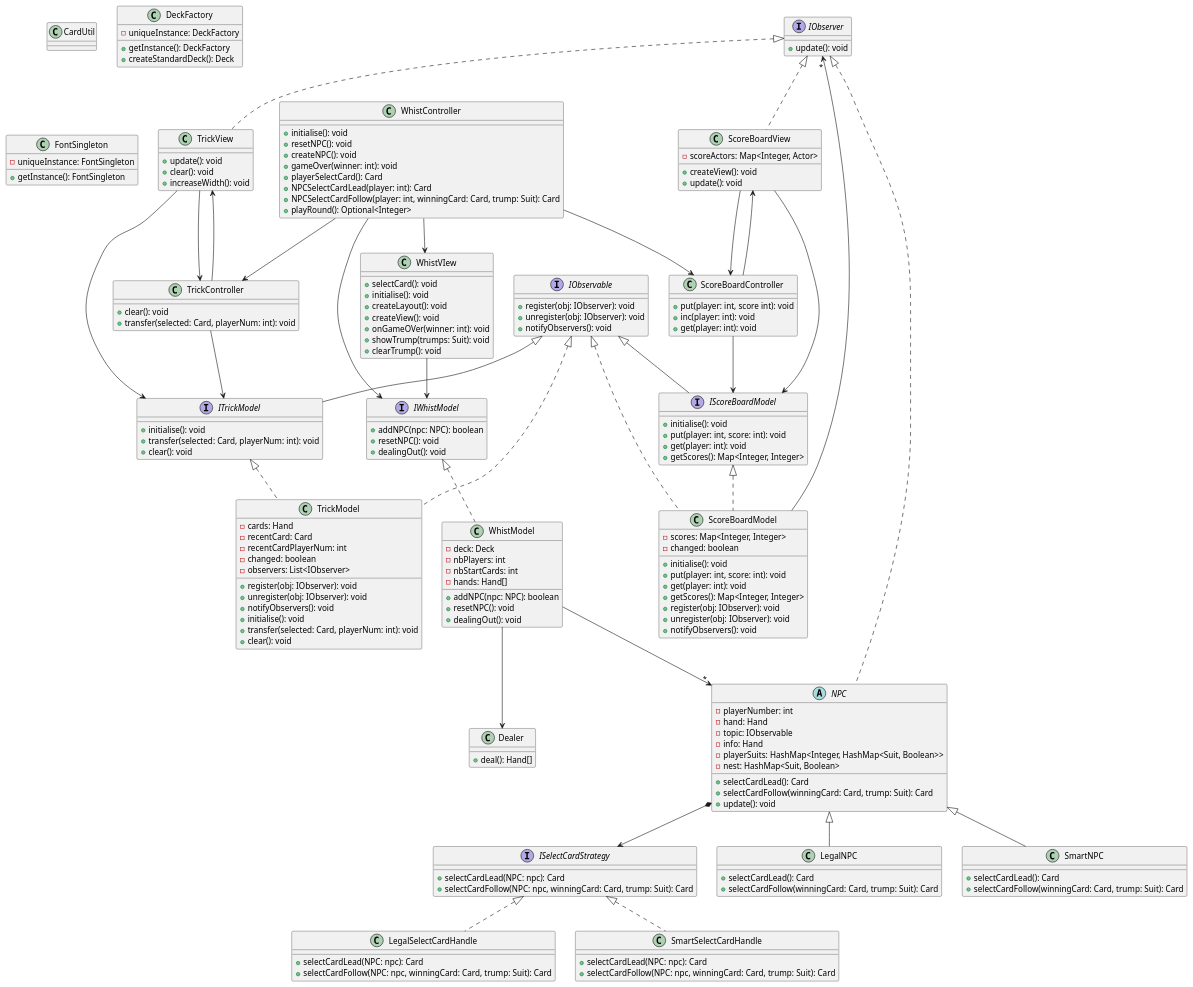
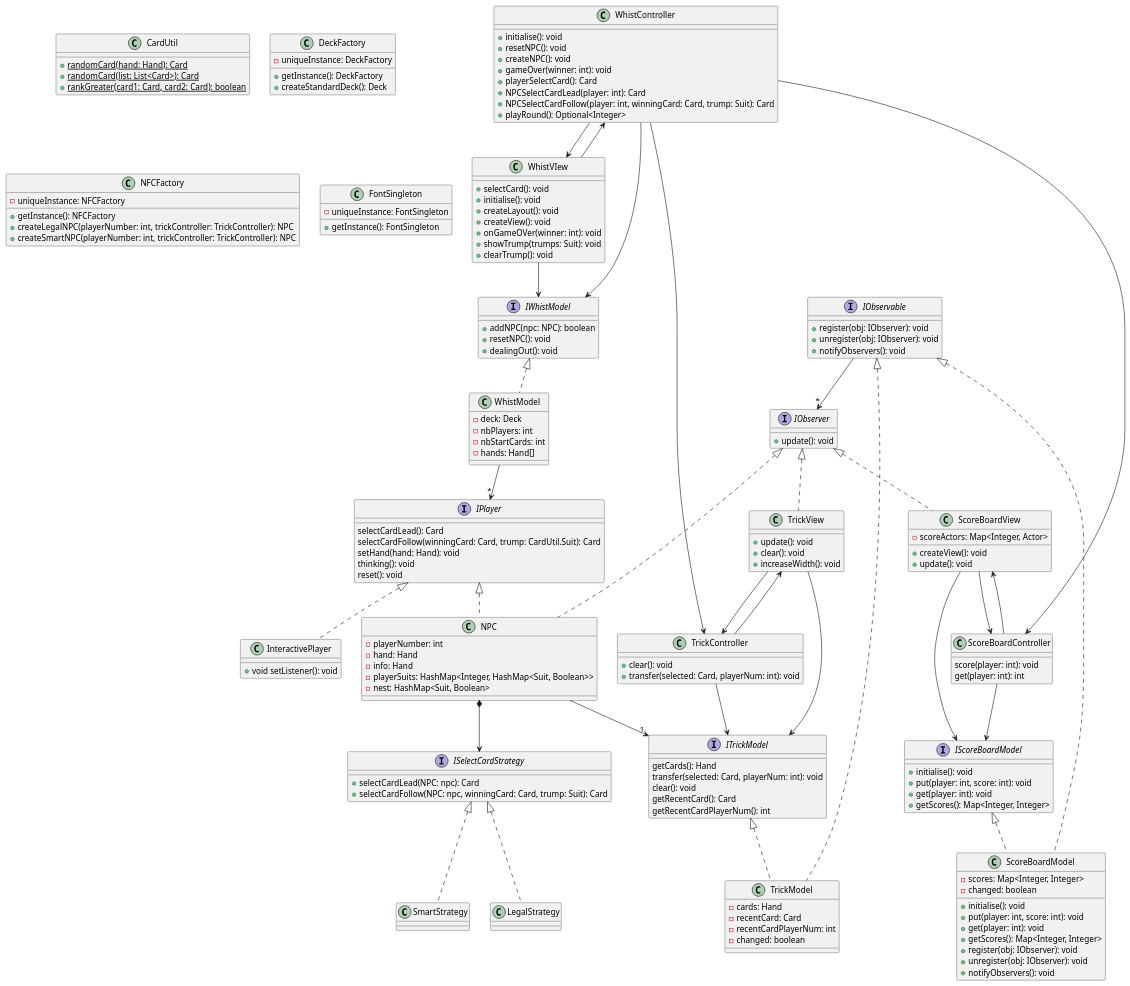
The diagram in uml/DesignClassDiagram.puml (Haswf/Whist), drawn with PlantUML before and after one commit. The commit also changed 4 other files, not shown here.

Commit message:
feat: Update design diagram

```diff
--- a/uml/DesignClassDiagram.puml
+++ b/uml/DesignClassDiagram.puml
@@ -1,43 +1,29 @@
 @startuml
 
-abstract class NPC implements IObserver {
+class NPC implements IObserver, IPlayer {
     - playerNumber: int
     - hand: Hand
-    - topic: IObservable
     - info: Hand
     - playerSuits: HashMap<Integer, HashMap<Suit, Boolean>>
     - nest: HashMap<Suit, Boolean>
-
-    + selectCardLead(): Card
-    + selectCardFollow(winningCard: Card, trump: Suit): Card
-    + update(): void
-}
-NPC *--> ISelectCardStrategy
-
-class LegalNPC extends NPC {
-    + selectCardLead(): Card
-    + selectCardFollow(winningCard: Card, trump: Suit): Card
 }
 
-
-class SmartNPC extends NPC {
-     + selectCardLead(): Card
-     + selectCardFollow(winningCard: Card, trump: Suit): Card
-}
+NPC *--> ISelectCardStrategy
+NPC -->"1" ITrickModel
 
 interface ISelectCardStrategy {
     + selectCardLead(NPC: npc): Card
     + selectCardFollow(NPC: npc, winningCard: Card, trump: Suit): Card
 }
 
-class LegalSelectCardHandle implements ISelectCardStrategy{
-    + selectCardLead(NPC: npc): Card
-    + selectCardFollow(NPC: npc, winningCard: Card, trump: Suit): Card
+class SmartStrategy implements ISelectCardStrategy{
+'    + selectCardLead(NPC: npc): Card
+'    + selectCardFollow(NPC: npc, winningCard: Card, trump: Suit): Card
 }
 
-class SmartSelectCardHandle implements ISelectCardStrategy{
-    + selectCardLead(NPC: npc): Card
-    + selectCardFollow(NPC: npc, winningCard: Card, trump: Suit): Card
+class LegalStrategy implements ISelectCardStrategy{
+'    + selectCardLead(NPC: npc): Card
+'    + selectCardFollow(NPC: npc, winningCard: Card, trump: Suit): Card
 }
 
 interface IObserver {
@@ -50,10 +36,12 @@
     + notifyObservers(): void
 }
 
-interface ITrickModel extends IObservable {
-    + initialise(): void
-    + transfer(selected: Card, playerNum: int): void
-    + clear(): void
+interface ITrickModel {
+    getCards(): Hand
+    transfer(selected: Card, playerNum: int): void
+    clear(): void
+    getRecentCard(): Card
+    getRecentCardPlayerNum(): int
 }
 
 class TrickModel implements IObservable, ITrickModel{
@@ -61,15 +49,8 @@
     - recentCard: Card
     - recentCardPlayerNum: int
     - changed: boolean
-    - observers: List<IObserver>
-
-    + register(obj: IObserver): void
-    + unregister(obj: IObserver): void
-    + notifyObservers(): void
-    + initialise(): void
-    + transfer(selected: Card, playerNum: int): void
-    + clear(): void
 }
+IObservable --> "*" IObserver
 
 class TrickView implements IObserver {
     + update(): void
@@ -100,14 +81,9 @@
     - nbPlayers: int
     - nbStartCards: int
     - hands: Hand[]
-
-    + addNPC(npc: NPC): boolean
-    + resetNPC(): void
-    + dealingOut(): void
 }
 
-WhistModel --> "*" NPC
-WhistModel --> Dealer
+WhistModel --> "*" IPlayer
 
 class WhistVIew {
     + selectCard(): void
@@ -134,10 +110,11 @@
 
 WhistController --> IWhistModel
 WhistController --> WhistVIew
+WhistVIew --> WhistController
 WhistController --> TrickController
 WhistController --> ScoreBoardController
 
-interface IScoreBoardModel extends IObservable {
+interface IScoreBoardModel {
     + initialise(): void
     + put(player: int, score: int): void
     + get(player: int): void
@@ -158,8 +135,6 @@
 
 }
 
-ScoreBoardModel --> "*" IObserver
-
 class ScoreBoardView implements IObserver{
     - scoreActors: Map<Integer, Actor>
 
@@ -171,32 +146,46 @@
 ScoreBoardView --> ScoreBoardController
 
 class ScoreBoardController {
-    + put(player: int, score int): void
-    + inc(player: int): void
-    + get(player: int): void
+    score(player: int): void
+    get(player: int): int
 }
 
 ScoreBoardController --> IScoreBoardModel
 ScoreBoardController --> ScoreBoardView
 
 class CardUtil{
-}
-
-class Dealer{
-    + deal(): Hand[]
+    + {static} randomCard(hand: Hand): Card
+    + {static} randomCard(list: List<Card>): Card
+    + {static} rankGreater(card1: Card, card2: Card): boolean
 }
 
 class DeckFactory {
     - uniqueInstance: DeckFactory
-
     + getInstance(): DeckFactory
     + createStandardDeck(): Deck
 }
 
+class NFCFactory {
+    - uniqueInstance: NFCFactory
+    + getInstance(): NFCFactory
+    + createLegalNPC(playerNumber: int, trickController: TrickController): NPC
+    + createSmartNPC(playerNumber: int, trickController: TrickController): NPC
+}
+
 class FontSingleton{
     - uniqueInstance: FontSingleton
-
     + getInstance(): FontSingleton
 }
 
+interface IPlayer {
+    selectCardLead(): Card
+    selectCardFollow(winningCard: Card, trump: CardUtil.Suit): Card
+    setHand(hand: Hand): void
+    thinking(): void
+    reset(): void
+}
+
+class InteractivePlayer implements IPlayer {
+    + void setListener(): void
+}
 @enduml
```
